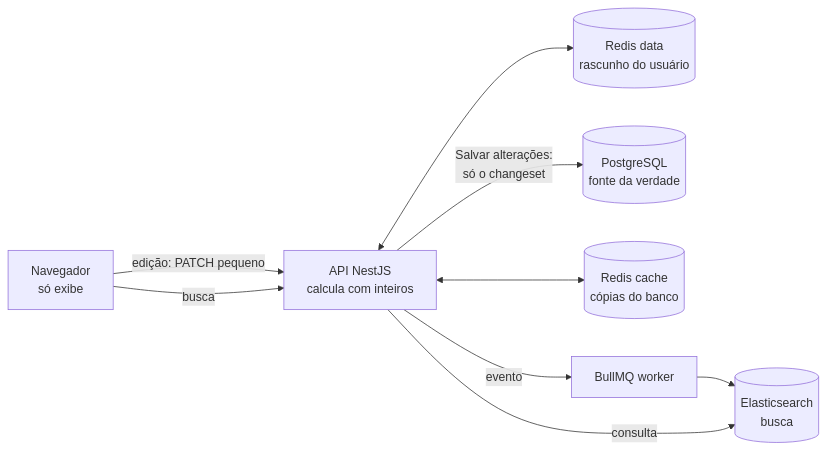
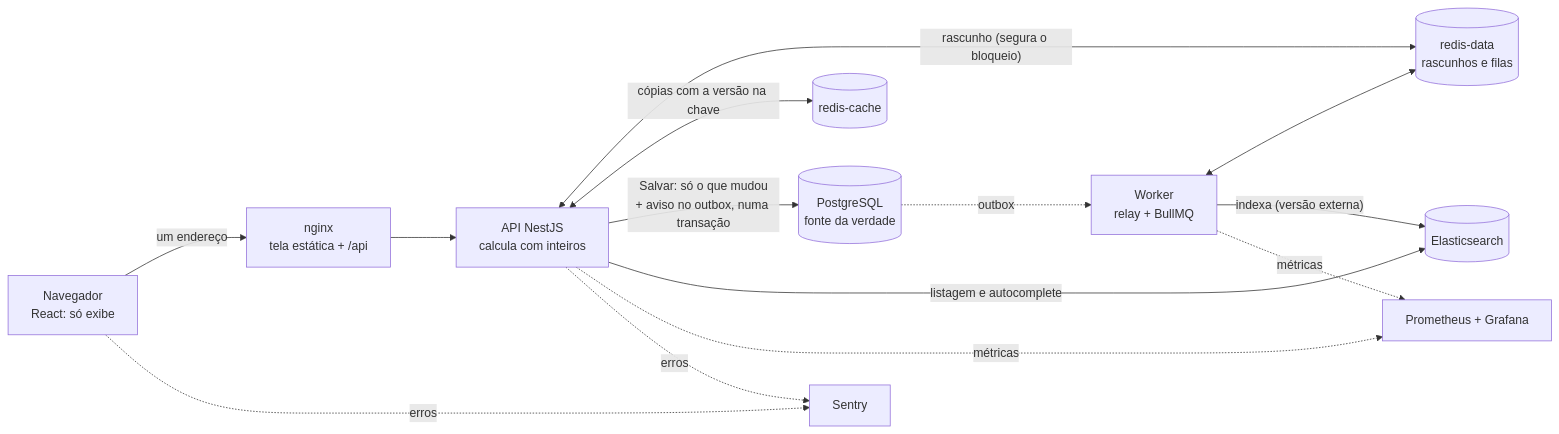
One commit to PhrStyle/rework-budgets-system changed the third of 3 diagrams in README.md. Above: the diagram before and after it, drawn with Mermaid. The commit also changed other lines of this file and 16 other files, not shown here.

````diff
--- a/README.md
+++ b/README.md
@@ -213,11 +221,16 @@
 ```mermaid
 flowchart LR
-  B[Navegador<br/>só exibe] -- "edição: PATCH pequeno" --> A[API NestJS<br/>calcula com inteiros]
-  A <--> D[(Redis data<br/>rascunho do usuário)]
-  A -- "Salvar alterações:<br/>só o changeset" --> P[(PostgreSQL<br/>fonte da verdade)]
-  A <--> R[(Redis cache<br/>cópias do banco)]
-  A -- evento --> Q[BullMQ worker]
-  Q --> E[(Elasticsearch<br/>busca)]
-  B -- "busca" --> A
-  A -- "consulta" --> E
+  U["Navegador<br/>React: só exibe"] -- "um endereço" --> N["nginx<br/>tela estática + /api"]
+  N --> A["API NestJS<br/>calcula com inteiros"]
+  A <-- "rascunho (segura o bloqueio)" --> RD[("redis-data<br/>rascunhos e filas")]
+  A <-- "cópias com a versão na chave" --> RC[("redis-cache")]
+  A -- "Salvar: só o que mudou<br/>+ aviso no outbox, numa transação" --> P[("PostgreSQL<br/>fonte da verdade")]
+  A -- "listagem e autocomplete" --> E[("Elasticsearch")]
+  P -. "outbox" .-> W["Worker<br/>relay + BullMQ"]
+  W <--> RD
+  W -- "indexa (versão externa)" --> E
+  A -. "métricas" .-> M["Prometheus + Grafana"]
+  W -. "métricas" .-> M
+  U -. "erros" .-> ST["Sentry"]
+  A -. "erros" .-> ST
 ```
````
